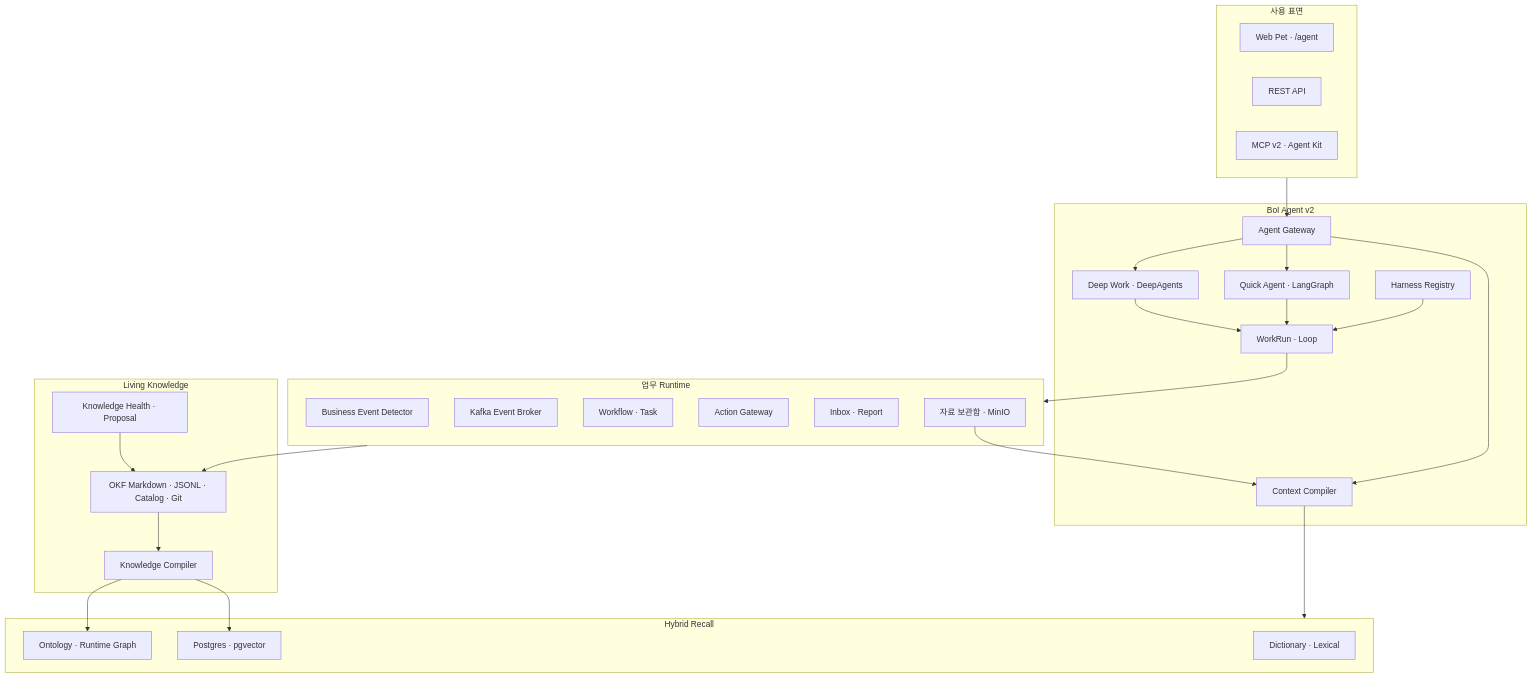
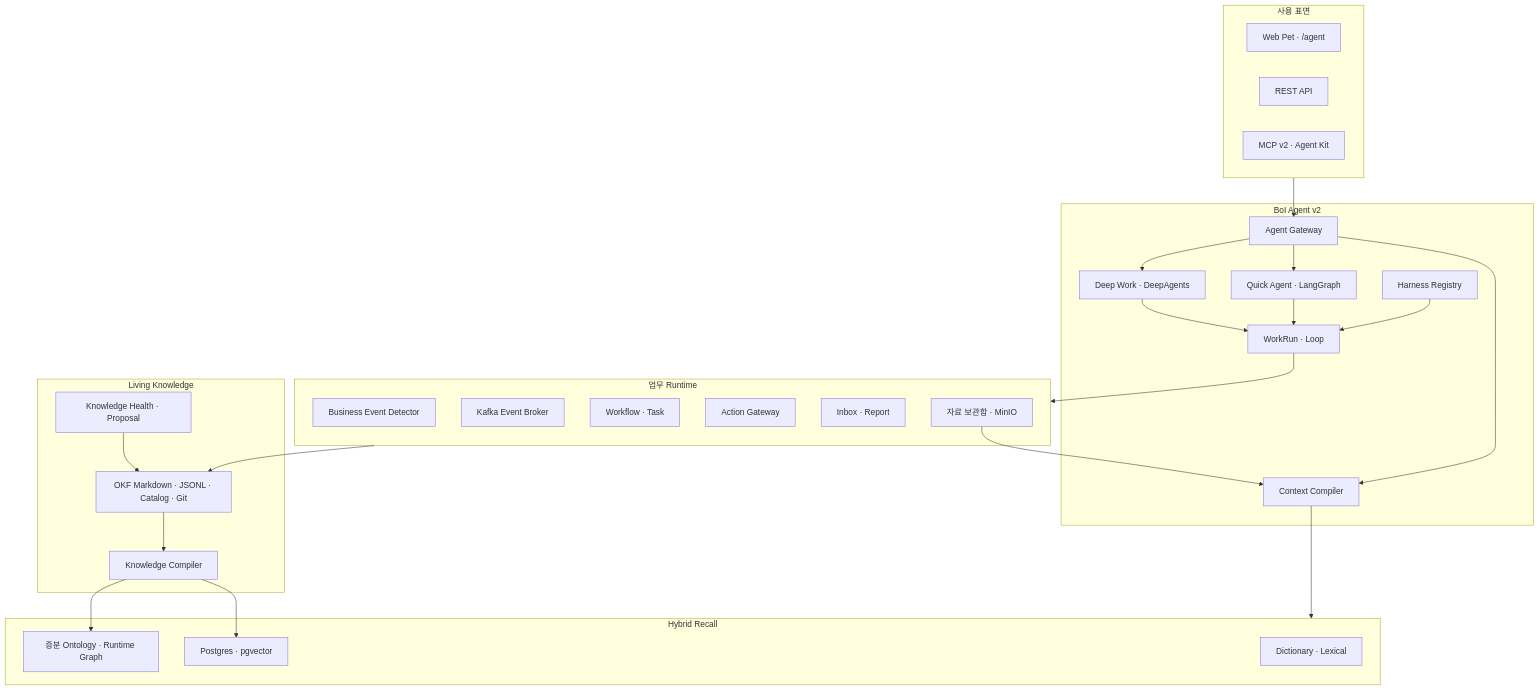
Before and after one commit to chokukil/boi-wiki: the first of 4 diagrams in data/boi/team/platform/team-platform-boi-wiki-architecture.md, drawn with Mermaid. The commit also changed other lines of this file and 7 other files, not shown here.

````diff
--- a/data/boi/team/platform/team-platform-boi-wiki-architecture.md
+++ b/data/boi/team/platform/team-platform-boi-wiki-architecture.md
@@ -52,54 +52,54 @@
 ```mermaid
 flowchart TB
   subgraph SURFACE["사용 표면"]
     WEB["Web Pet · /agent"]
     REST["REST API"]
     MCP["MCP v2 · Agent Kit"]
   end
 
   subgraph AGENT["BoI Agent v2"]
     GATE["Agent Gateway"]
     CONTEXT["Context Compiler"]
     QUICK["Quick Agent · LangGraph"]
     DEEP["Deep Work · DeepAgents"]
     HARNESS["Harness Registry"]
     RUN["WorkRun · Loop"]
   end
 
   subgraph RECALL["Hybrid Recall"]
     DICT["Dictionary · Lexical"]
     VECTOR["Postgres · pgvector"]
-    GRAPH["Ontology · Runtime Graph"]
+    GRAPH["증분 Ontology · Runtime Graph"]
   end
 
   subgraph WORK["업무 Runtime"]
     DETECTOR["Business Event Detector"]
     BROKER["Kafka Event Broker"]
     WF["Workflow · Task"]
     ACTION["Action Gateway"]
     INBOX["Inbox · Report"]
     LIB["자료 보관함 · MinIO"]
   end
 
   subgraph KNOWLEDGE["Living Knowledge"]
     OKF["OKF Markdown · JSONL · Catalog · Git"]
     COMPILER["Knowledge Compiler"]
     HEALTH["Knowledge Health · Proposal"]
   end
 
   SURFACE --> GATE
   GATE --> CONTEXT
   CONTEXT --> RECALL
   GATE --> QUICK
   GATE --> DEEP
   QUICK --> RUN
   DEEP --> RUN
   HARNESS --> RUN
   RUN --> WORK
   WORK --> OKF
   LIB --> CONTEXT
   OKF --> COMPILER
   COMPILER --> VECTOR
   COMPILER --> GRAPH
   HEALTH --> OKF
 ```
````
